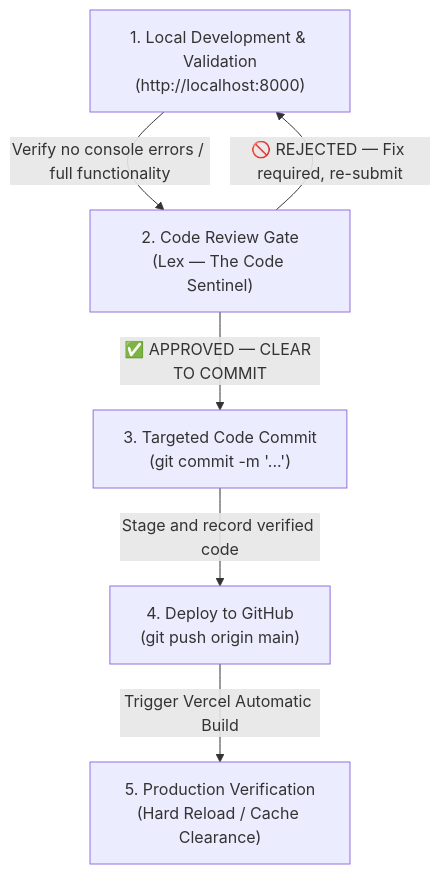
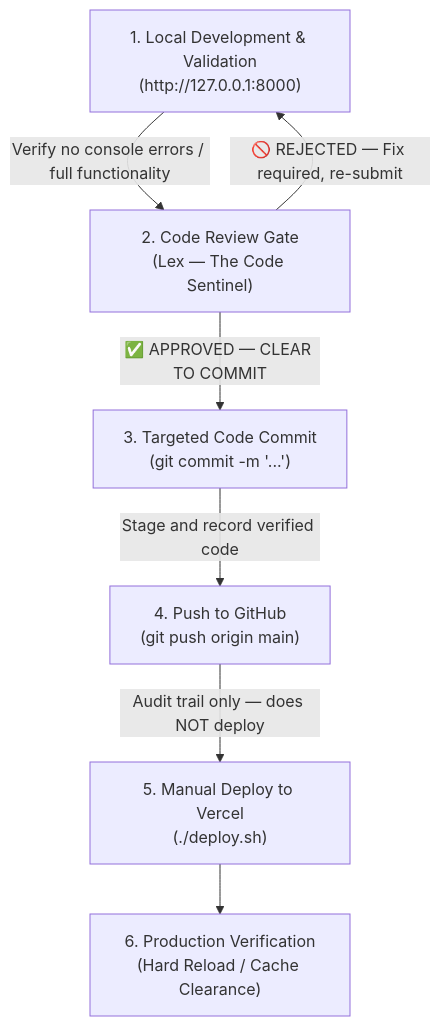
One commit to pop-chalermchai/Genie-Investment-by-Gemini changed the diagram in Genie/team_members/SOP_Web_Development.md. Above: the diagram before and after it, drawn with Mermaid. The commit also changed other lines of this file and 2 other files, not shown here.

````diff
--- a/Genie/team_members/SOP_Web_Development.md
+++ b/Genie/team_members/SOP_Web_Development.md
@@ -14,8 +14,9 @@
 ```mermaid
 graph TD
-    A["1. Local Development & Validation<br>(http://localhost:8000)"] -->|Verify no console errors / full functionality| B["2. Code Review Gate<br>(Lex — The Code Sentinel)"]
+    A["1. Local Development & Validation<br>(http://127.0.0.1:8000)"] -->|Verify no console errors / full functionality| B["2. Code Review Gate<br>(Lex — The Code Sentinel)"]
     B -->|✅ APPROVED — CLEAR TO COMMIT| C["3. Targeted Code Commit<br>(git commit -m '...')"]
     B -->|🚫 REJECTED — Fix required, re-submit| A
-    C -->|Stage and record verified code| D["4. Deploy to GitHub<br>(git push origin main)"]
-    D -->|Trigger Vercel Automatic Build| E["5. Production Verification<br>(Hard Reload / Cache Clearance)"]
+    C -->|Stage and record verified code| D["4. Push to GitHub<br>(git push origin main)"]
+    D -->|Audit trail only — does NOT deploy| E["5. Manual Deploy to Vercel<br>(./deploy.sh)"]
+    E --> F["6. Production Verification<br>(Hard Reload / Cache Clearance)"]
 ```
````
